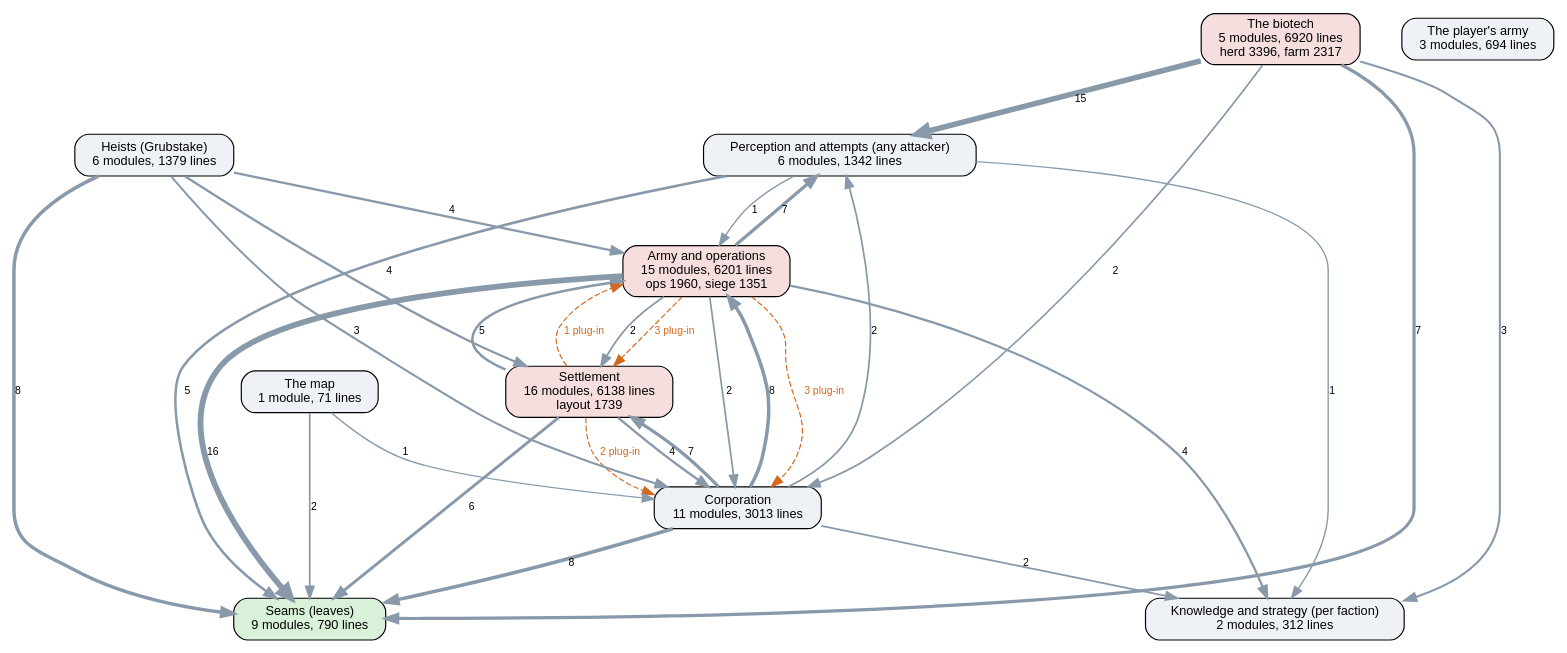
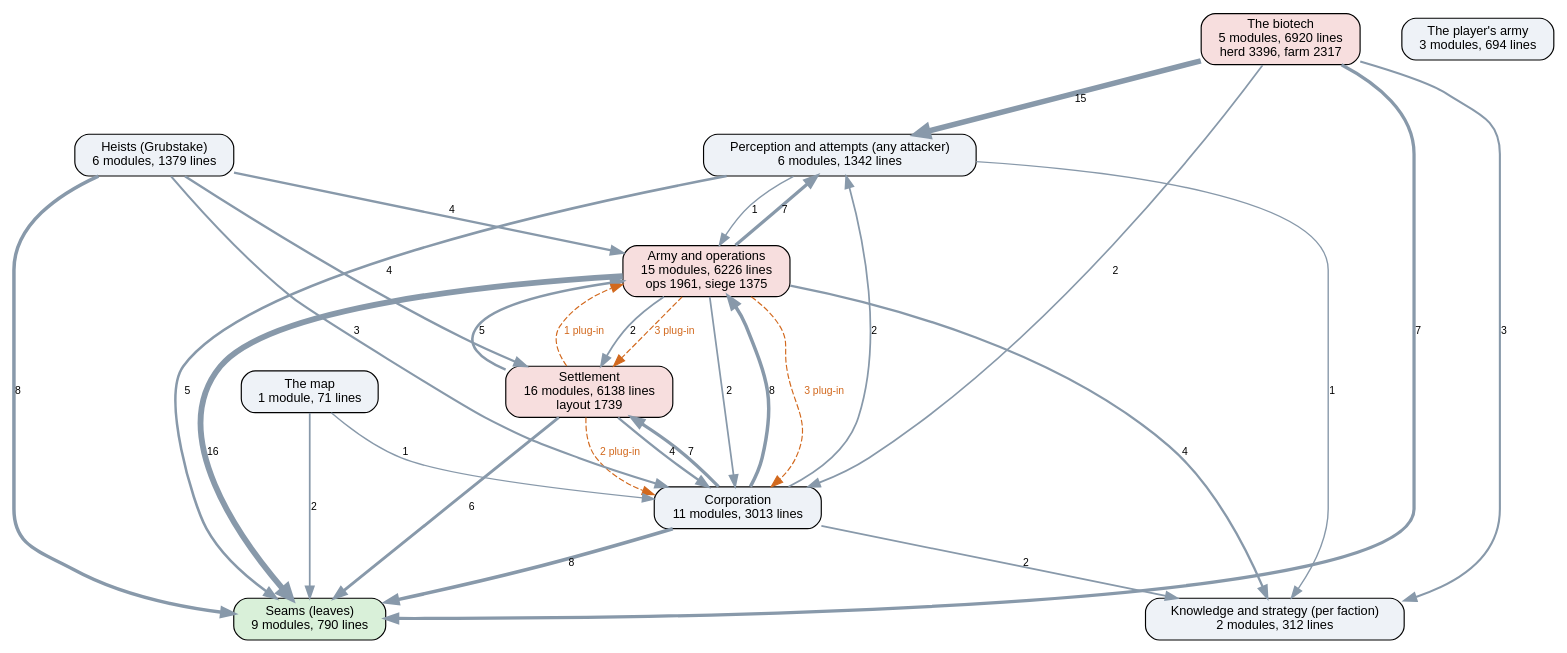
The diagram in docs/ai-layers.dot (kinelhu/landing-party), drawn with Graphviz before and after one commit. The commit also changed 9 other files, not shown here.

```diff
--- a/docs/ai-layers.dot
+++ b/docs/ai-layers.dot
@@ -1,45 +1,45 @@
 digraph layers {
   graph [rankdir=TB, fontname="Helvetica", nodesep=0.5, ranksep=0.7];
   node [shape=box, style="rounded,filled", fontname="Helvetica", fontsize=11, fillcolor="#eef2f7"];
   edge [color="#8899aa", fontname="Helvetica", fontsize=9];
   "Seams (leaves)" [label="Seams (leaves)\n9 modules, 790 lines", fillcolor="#d9f0d9"];
   "Perception and attempts (any attacker)" [label="Perception and attempts (any attacker)\n6 modules, 1342 lines", fillcolor="#eef2f7"];
   "Knowledge and strategy (per faction)" [label="Knowledge and strategy (per faction)\n2 modules, 312 lines", fillcolor="#eef2f7"];
   "Corporation" [label="Corporation\n11 modules, 3013 lines", fillcolor="#eef2f7"];
   "Settlement" [label="Settlement\n16 modules, 6138 lines\nlayout 1739", fillcolor="#f7dede"];
-  "Army and operations" [label="Army and operations\n15 modules, 6201 lines\nops 1960, siege 1351", fillcolor="#f7dede"];
+  "Army and operations" [label="Army and operations\n15 modules, 6226 lines\nops 1961, siege 1375", fillcolor="#f7dede"];
   "Heists (Grubstake)" [label="Heists (Grubstake)\n6 modules, 1379 lines", fillcolor="#eef2f7"];
   "The biotech" [label="The biotech\n5 modules, 6920 lines\nherd 3396, farm 2317", fillcolor="#f7dede"];
   "The map" [label="The map\n1 module, 71 lines", fillcolor="#eef2f7"];
   "The player's army" [label="The player's army\n3 modules, 694 lines", fillcolor="#eef2f7"];
   "Army and operations" -> "Corporation" [label="2", penwidth=1.5];
   "Army and operations" -> "Knowledge and strategy (per faction)" [label="4", penwidth=2.0];
   "Army and operations" -> "Perception and attempts (any attacker)" [label="7", penwidth=2.8];
   "Army and operations" -> "Seams (leaves)" [label="16", penwidth=5.0];
   "Army and operations" -> "Settlement" [label="2", penwidth=1.5];
   "Corporation" -> "Army and operations" [label="8", penwidth=3.0];
   "Corporation" -> "Knowledge and strategy (per faction)" [label="2", penwidth=1.5];
   "Corporation" -> "Perception and attempts (any attacker)" [label="2", penwidth=1.5];
   "Corporation" -> "Seams (leaves)" [label="8", penwidth=3.0];
   "Corporation" -> "Settlement" [label="7", penwidth=2.8];
   "Heists (Grubstake)" -> "Army and operations" [label="4", penwidth=2.0];
   "Heists (Grubstake)" -> "Corporation" [label="3", penwidth=1.8];
   "Heists (Grubstake)" -> "Seams (leaves)" [label="8", penwidth=3.0];
   "Heists (Grubstake)" -> "Settlement" [label="4", penwidth=2.0];
   "Perception and attempts (any attacker)" -> "Army and operations" [label="1", penwidth=1.2];
   "Perception and attempts (any attacker)" -> "Knowledge and strategy (per faction)" [label="1", penwidth=1.2];
   "Perception and attempts (any attacker)" -> "Seams (leaves)" [label="5", penwidth=2.2];
   "Settlement" -> "Army and operations" [label="5", penwidth=2.2];
   "Settlement" -> "Corporation" [label="4", penwidth=2.0];
   "Settlement" -> "Seams (leaves)" [label="6", penwidth=2.5];
   "The biotech" -> "Corporation" [label="2", penwidth=1.5];
   "The biotech" -> "Knowledge and strategy (per faction)" [label="3", penwidth=1.8];
   "The biotech" -> "Perception and attempts (any attacker)" [label="15", penwidth=4.8];
   "The biotech" -> "Seams (leaves)" [label="7", penwidth=2.8];
   "The map" -> "Corporation" [label="1", penwidth=1.2];
   "The map" -> "Seams (leaves)" [label="2", penwidth=1.5];
   "Army and operations" -> "Corporation" [style=dashed, color="#d2691e", fontcolor="#d2691e", label="3 plug-in"];
   "Army and operations" -> "Settlement" [style=dashed, color="#d2691e", fontcolor="#d2691e", label="3 plug-in"];
   "Settlement" -> "Army and operations" [style=dashed, color="#d2691e", fontcolor="#d2691e", label="1 plug-in"];
   "Settlement" -> "Corporation" [style=dashed, color="#d2691e", fontcolor="#d2691e", label="2 plug-in"];
 }
```
